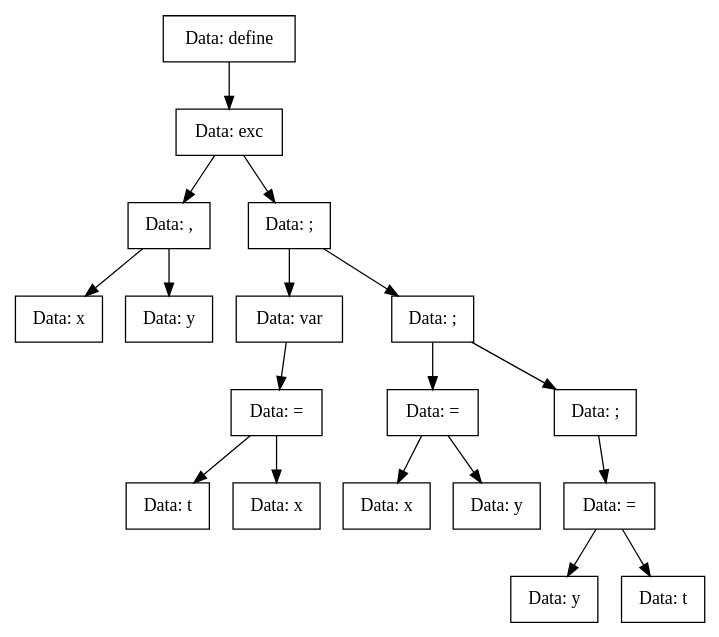
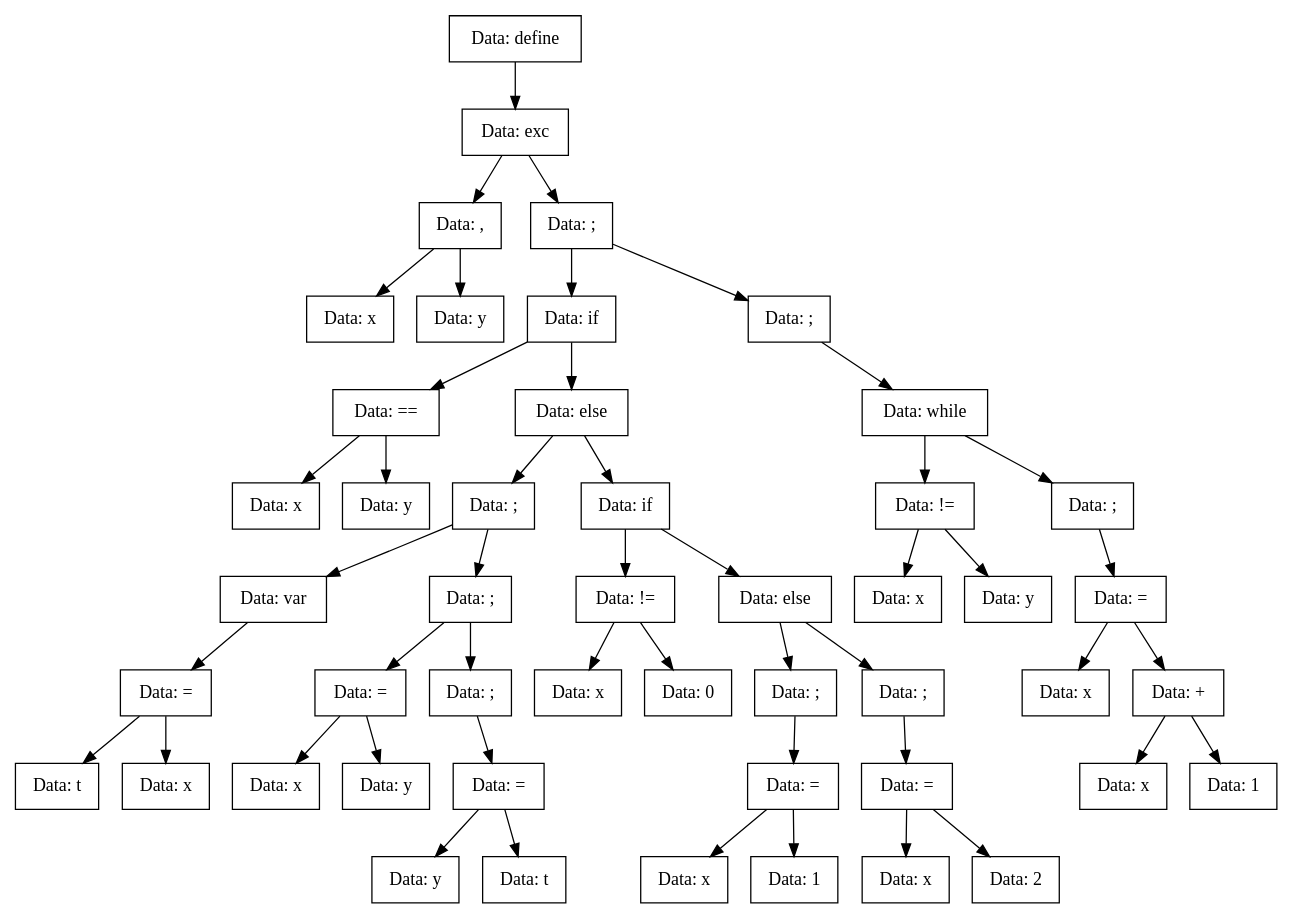
One commit to vorontsov-amd/Compiller changed the diagram in TreeDump/exc-utf8.dot. Above: the diagram before and after it, drawn with Graphviz. The commit also changed 15 other files, not shown here.

```diff
--- a/TreeDump/exc-utf8.dot
+++ b/TreeDump/exc-utf8.dot
@@ -1,37 +1,97 @@
 digraph exc{
-Node0x55e41991c1d0[shape="record", label="Data: define"];
-Node0x55e41991c090[shape="record", label="Data: exc"];
-Node0x55e41991c040[shape="record", label="Data: ,"];
-Node0x55e41991c310[shape="record", label="Data: x"];
-Node0x55e41991c040->Node0x55e41991c310;
-Node0x55e41991c270[shape="record", label="Data: y"];
-Node0x55e41991c040->Node0x55e41991c270;
-Node0x55e41991c090->Node0x55e41991c040;
-Node0x55e41991c180[shape="record", label="Data: ;"];
-Node0x55e41991c130[shape="record", label="Data: var"];
-Node0x55e41991c2c0[shape="record", label="Data: ="];
-Node0x55e41991ca90[shape="record", label="Data: t"];
-Node0x55e41991c2c0->Node0x55e41991ca90;
-Node0x55e41991cae0[shape="record", label="Data: x"];
-Node0x55e41991c2c0->Node0x55e41991cae0;
-Node0x55e41991c130->Node0x55e41991c2c0;
-Node0x55e41991c180->Node0x55e41991c130;
-Node0x55e41991ca40[shape="record", label="Data: ;"];
-Node0x55e41991c9f0[shape="record", label="Data: ="];
-Node0x55e41991c400[shape="record", label="Data: x"];
-Node0x55e41991c9f0->Node0x55e41991c400;
-Node0x55e41991c220[shape="record", label="Data: y"];
-Node0x55e41991c9f0->Node0x55e41991c220;
-Node0x55e41991ca40->Node0x55e41991c9f0;
-Node0x55e41991c0e0[shape="record", label="Data: ;"];
-Node0x55e41991c360[shape="record", label="Data: ="];
-Node0x55e41991c3b0[shape="record", label="Data: y"];
-Node0x55e41991c360->Node0x55e41991c3b0;
-Node0x55e41991c9a0[shape="record", label="Data: t"];
-Node0x55e41991c360->Node0x55e41991c9a0;
-Node0x55e41991c0e0->Node0x55e41991c360;
-Node0x55e41991ca40->Node0x55e41991c0e0;
-Node0x55e41991c180->Node0x55e41991ca40;
-Node0x55e41991c090->Node0x55e41991c180;
-Node0x55e41991c1d0->Node0x55e41991c090;
+Node0x55c65626f480[shape="record", label="Data: define"];
+Node0x55c65626eb20[shape="record", label="Data: exc"];
+Node0x55c65626ead0[shape="record", label="Data: ,"];
+Node0x55c65626eda0[shape="record", label="Data: x"];
+Node0x55c65626ead0->Node0x55c65626eda0;
+Node0x55c65626ed00[shape="record", label="Data: y"];
+Node0x55c65626ead0->Node0x55c65626ed00;
+Node0x55c65626eb20->Node0x55c65626ead0;
+Node0x55c65626ec10[shape="record", label="Data: ;"];
+Node0x55c65626ebc0[shape="record", label="Data: if"];
+Node0x55c65626ed50[shape="record", label="Data: =="];
+Node0x55c65626fe30[shape="record", label="Data: x"];
+Node0x55c65626ed50->Node0x55c65626fe30;
+Node0x55c65626fd90[shape="record", label="Data: y"];
+Node0x55c65626ed50->Node0x55c65626fd90;
+Node0x55c65626ebc0->Node0x55c65626ed50;
+Node0x55c65626fd40[shape="record", label="Data: else"];
+Node0x55c65626fc00[shape="record", label="Data: ;"];
+Node0x55c65626fbb0[shape="record", label="Data: var"];
+Node0x55c65626ecb0[shape="record", label="Data: ="];
+Node0x55c65626eb70[shape="record", label="Data: t"];
+Node0x55c65626ecb0->Node0x55c65626eb70;
+Node0x55c65626fed0[shape="record", label="Data: x"];
+Node0x55c65626ecb0->Node0x55c65626fed0;
+Node0x55c65626fbb0->Node0x55c65626ecb0;
+Node0x55c65626fc00->Node0x55c65626fbb0;
+Node0x55c65626ee90[shape="record", label="Data: ;"];
+Node0x55c65626ec60[shape="record", label="Data: ="];
+Node0x55c65626fca0[shape="record", label="Data: x"];
+Node0x55c65626ec60->Node0x55c65626fca0;
+Node0x55c65626fcf0[shape="record", label="Data: y"];
+Node0x55c65626ec60->Node0x55c65626fcf0;
+Node0x55c65626ee90->Node0x55c65626ec60;
+Node0x55c65626fc50[shape="record", label="Data: ;"];
+Node0x55c65626fde0[shape="record", label="Data: ="];
+Node0x55c65626fe80[shape="record", label="Data: y"];
+Node0x55c65626fde0->Node0x55c65626fe80;
+Node0x55c65626f7a0[shape="record", label="Data: t"];
+Node0x55c65626fde0->Node0x55c65626f7a0;
+Node0x55c65626fc50->Node0x55c65626fde0;
+Node0x55c65626ee90->Node0x55c65626fc50;
+Node0x55c65626fc00->Node0x55c65626ee90;
+Node0x55c65626fd40->Node0x55c65626fc00;
+Node0x55c65626f980[shape="record", label="Data: if"];
+Node0x55c65626f930[shape="record", label="Data: !="];
+Node0x55c65626fb10[shape="record", label="Data: x"];
+Node0x55c65626f930->Node0x55c65626fb10;
+Node0x55c65626fb60[shape="record", label="Data: 0"];
+Node0x55c65626f930->Node0x55c65626fb60;
+Node0x55c65626f980->Node0x55c65626f930;
+Node0x55c65626fac0[shape="record", label="Data: else"];
+Node0x55c65626fa70[shape="record", label="Data: ;"];
+Node0x55c65626f8e0[shape="record", label="Data: ="];
+Node0x55c65626fa20[shape="record", label="Data: x"];
+Node0x55c65626f8e0->Node0x55c65626fa20;
+Node0x55c65626f660[shape="record", label="Data: 1"];
+Node0x55c65626f8e0->Node0x55c65626f660;
+Node0x55c65626fa70->Node0x55c65626f8e0;
+Node0x55c65626fac0->Node0x55c65626fa70;
+Node0x55c65626f520[shape="record", label="Data: ;"];
+Node0x55c65626edf0[shape="record", label="Data: ="];
+Node0x55c65626f840[shape="record", label="Data: x"];
+Node0x55c65626edf0->Node0x55c65626f840;
+Node0x55c65626f890[shape="record", label="Data: 2"];
+Node0x55c65626edf0->Node0x55c65626f890;
+Node0x55c65626f520->Node0x55c65626edf0;
+Node0x55c65626fac0->Node0x55c65626f520;
+Node0x55c65626f980->Node0x55c65626fac0;
+Node0x55c65626fd40->Node0x55c65626f980;
+Node0x55c65626ebc0->Node0x55c65626fd40;
+Node0x55c65626ec10->Node0x55c65626ebc0;
+Node0x55c65626f7f0[shape="record", label="Data: ;"];
+Node0x55c65626f9d0[shape="record", label="Data: while"];
+Node0x55c65626f6b0[shape="record", label="Data: !="];
+Node0x55c65626f430[shape="record", label="Data: x"];
+Node0x55c65626f6b0->Node0x55c65626f430;
+Node0x55c65626ee40[shape="record", label="Data: y"];
+Node0x55c65626f6b0->Node0x55c65626ee40;
+Node0x55c65626f9d0->Node0x55c65626f6b0;
+Node0x55c65626f5c0[shape="record", label="Data: ;"];
+Node0x55c65626f610[shape="record", label="Data: ="];
+Node0x55c65626f570[shape="record", label="Data: x"];
+Node0x55c65626f610->Node0x55c65626f570;
+Node0x55c65626f700[shape="record", label="Data: +"];
+Node0x55c65626f750[shape="record", label="Data: x"];
+Node0x55c65626f700->Node0x55c65626f750;
+Node0x55c65626f4d0[shape="record", label="Data: 1"];
+Node0x55c65626f700->Node0x55c65626f4d0;
+Node0x55c65626f610->Node0x55c65626f700;
+Node0x55c65626f5c0->Node0x55c65626f610;
+Node0x55c65626f9d0->Node0x55c65626f5c0;
+Node0x55c65626f7f0->Node0x55c65626f9d0;
+Node0x55c65626ec10->Node0x55c65626f7f0;
+Node0x55c65626eb20->Node0x55c65626ec10;
+Node0x55c65626f480->Node0x55c65626eb20;
 }
```
